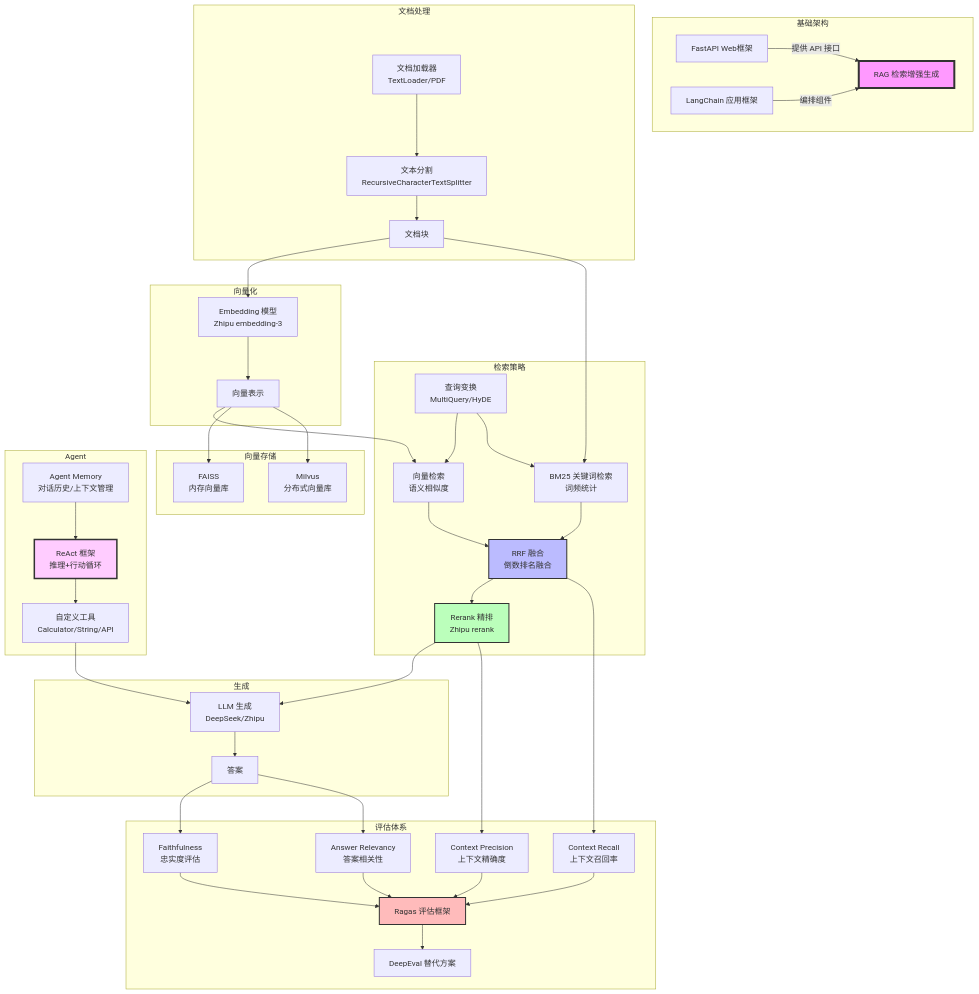
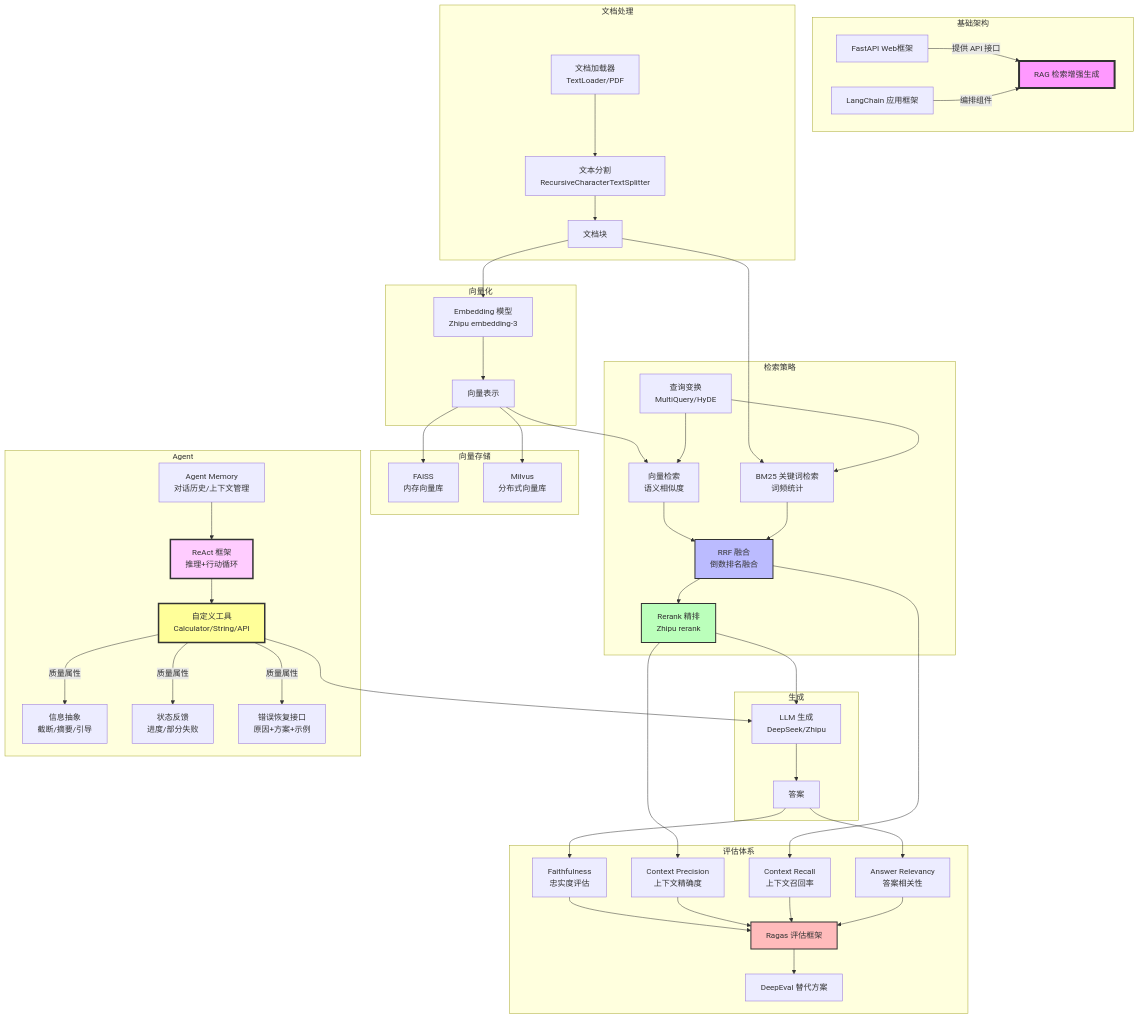
The diagram in CONCEPT_MAP.md (Blackarubbish/learning-agent), drawn with Mermaid before and after one commit. The commit also changed other lines of this file and 3 other files, not shown here.

````diff
--- a/CONCEPT_MAP.md
+++ b/CONCEPT_MAP.md
@@ -5,73 +5,80 @@
 ```mermaid
 graph TD
     %% ====== 基础层 ======
     subgraph 基础架构
         FastAPI[FastAPI Web框架] -->|提供 API 接口| RAG[RAG 检索增强生成]
         LangChain[LangChain 应用框架] -->|编排组件| RAG
     end
 
     %% ====== 文档处理层 ======
     subgraph 文档处理
         DocLoader[文档加载器<br/>TextLoader/PDF] --> TextSplitter[文本分割<br/>RecursiveCharacterTextSplitter]
         TextSplitter --> Chunks[文档块]
     end
 
     %% ====== Embedding 层 ======
     subgraph 向量化
         Chunks --> EmbeddingModel[Embedding 模型<br/>Zhipu embedding-3]
         EmbeddingModel --> Vectors[向量表示]
     end
 
     %% ====== 检索层 ======
     subgraph 检索策略
         Vectors --> VectorSearch[向量检索<br/>语义相似度]
         Chunks --> BM25[BM25 关键词检索<br/>词频统计]
         VectorSearch --> RRF[RRF 融合<br/>倒数排名融合]
         BM25 --> RRF
         RRF --> Rerank[Rerank 精排<br/>Zhipu rerank]
         QueryTransform[查询变换<br/>MultiQuery/HyDE] --> VectorSearch
         QueryTransform --> BM25
     end
 
     %% ====== 向量数据库层 ======
     subgraph 向量存储
         Vectors --> FAISS[FAISS<br/>内存向量库]
         Vectors --> Milvus[Milvus<br/>分布式向量库]
     end
 
     %% ====== 生成层 ======
     subgraph 生成
         Rerank --> LLM[LLM 生成<br/>DeepSeek/Zhipu]
         LLM --> Answer[答案]
     end
 
     %% ====== 评估层 ======
     subgraph 评估体系
         Answer --> Faithfulness[Faithfulness<br/>忠实度评估]
         Rerank --> ContextPrecision[Context Precision<br/>上下文精确度]
         RRF --> ContextRecall[Context Recall<br/>上下文召回率]
         Answer --> AnswerRelevancy[Answer Relevancy<br/>答案相关性]
         Faithfulness --> Ragas[Ragas 评估框架]
         ContextPrecision --> Ragas
         ContextRecall --> Ragas
         AnswerRelevancy --> Ragas
         Ragas --> DeepEval[DeepEval 替代方案]
     end
 
     %% ====== Agent 层 ======
     subgraph Agent
         ReAct[ReAct 框架<br/>推理+行动循环]
         Tools[自定义工具<br/>Calculator/String/API]
+        InfoAbstraction[信息抽象<br/>截断/摘要/引导]
+        StatusFeedback[状态反馈<br/>进度/部分失败]
+        ErrorRecovery[错误恢复接口<br/>原因+方案+示例]
         AgentMemory[Agent Memory<br/>对话历史/上下文管理]
         ReAct --> Tools
         Tools --> LLM
+        Tools -->|质量属性| InfoAbstraction
+        Tools -->|质量属性| StatusFeedback
+        Tools -->|质量属性| ErrorRecovery
         AgentMemory --> ReAct
     end
 
     %% ====== 样式 ======
     style RAG fill:#f9f,stroke:#333,stroke-width:4px
     style RRF fill:#bbf,stroke:#333,stroke-width:2px
     style Rerank fill:#bfb,stroke:#333,stroke-width:2px
     style Ragas fill:#fbb,stroke:#333,stroke-width:2px
     style ReAct fill:#fcf,stroke:#333,stroke-width:3px
+    style Tools fill:#ff9,stroke:#333,stroke-width:3px
 ```
````
